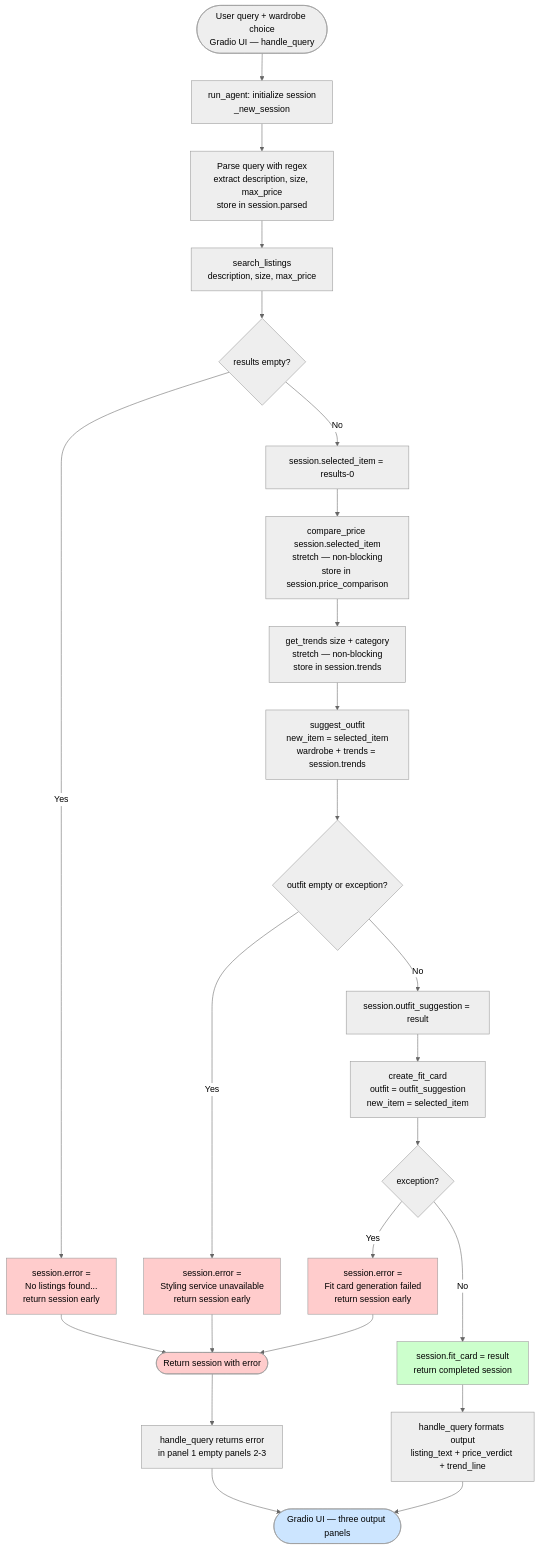
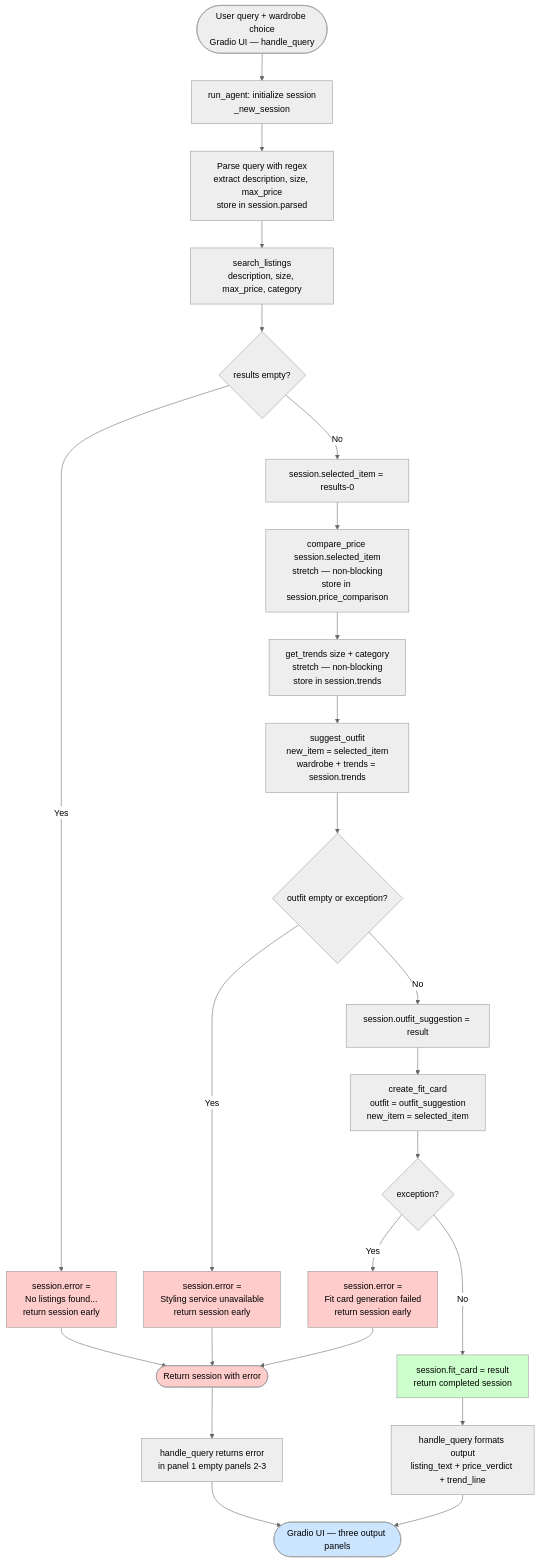
One commit to bbdevelops/ai201-project2-fitfindr-starter changed the diagram in planning.md. Above: the diagram before and after it, drawn with Mermaid (neutral theme). The commit also changed other lines of this file and 6 other files, not shown here.

````diff
--- a/planning.md
+++ b/planning.md
@@ -250,32 +275,32 @@
 ```mermaid
 flowchart TD
     A([User query + wardrobe choice<br>Gradio UI — handle_query]) --> B[run_agent: initialize session<br>_new_session]
     B --> C[Parse query with regex<br>extract description, size, max_price<br>store in session.parsed]
-    C --> D[search_listings<br>description, size, max_price]
+    C --> D[search_listings<br>description, size, max_price, category]
     D --> E{results empty?}
     E -- Yes --> F[session.error =<br>No listings found...<br>return session early]
     E -- No --> G[session.selected_item = results-0]
     G --> H[compare_price session.selected_item<br>stretch — non-blocking<br>store in session.price_comparison]
     H --> I[get_trends size + category<br>stretch — non-blocking<br>store in session.trends]
     I --> J[suggest_outfit<br>new_item = selected_item<br>wardrobe + trends = session.trends]
     J --> K{outfit empty or exception?}
     K -- Yes --> L[session.error =<br>Styling service unavailable<br>return session early]
     K -- No --> M[session.outfit_suggestion = result]
     M --> N[create_fit_card<br>outfit = outfit_suggestion<br>new_item = selected_item]
     N --> O{exception?}
     O -- Yes --> P[session.error =<br>Fit card generation failed<br>return session early]
     O -- No --> Q[session.fit_card = result<br>return completed session]
     Q --> R[handle_query formats output<br>listing_text + price_verdict + trend_line]
     R --> S([Gradio UI — three output panels])
     F --> T([Return session with error])
     L --> T
     P --> T
     T --> U[handle_query returns error<br>in panel 1 empty panels 2-3]
     U --> S
     style F fill:#ffcccc
     style L fill:#ffcccc
     style P fill:#ffcccc
     style T fill:#ffcccc
     style Q fill:#ccffcc
     style S fill:#cce5ff
 ```
````
